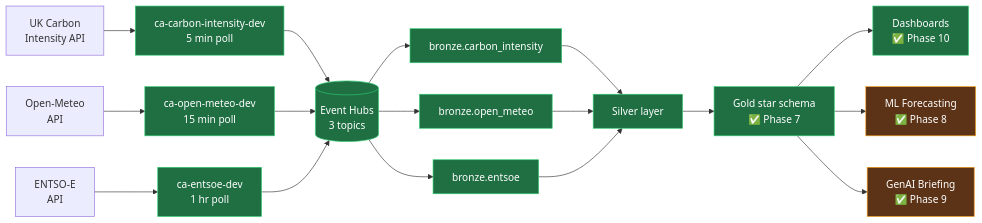
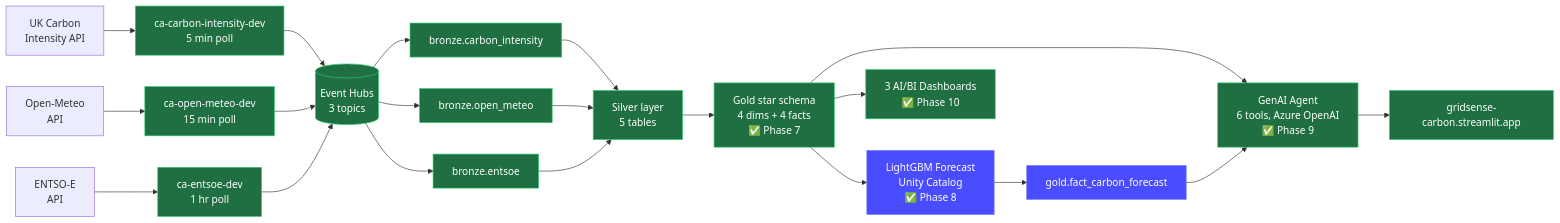
The diagram in README.md (demonjd2026-afk/gridsense), drawn with Mermaid before and after one commit. The commit also changed 1 other file, not shown here.

Commit message:
docs(diagrams): update Mermaid diagrams to reflect Phase 8 done state

````diff
--- a/README.md
+++ b/README.md
@@ -86,25 +86,27 @@
 ```mermaid
 flowchart LR
     A1[UK Carbon<br/>Intensity API] --> P1[ca-carbon-intensity-dev<br/>5 min poll]
     A2[Open-Meteo<br/>API] --> P2[ca-open-meteo-dev<br/>15 min poll]
     A3[ENTSO-E<br/>API] --> P3[ca-entsoe-dev<br/>1 hr poll]
     P1 --> EH[(Event Hubs<br/>3 topics)]
     P2 --> EH
     P3 --> EH
     EH --> B1[bronze.carbon_intensity]
     EH --> B2[bronze.open_meteo]
     EH --> B3[bronze.entsoe]
-    B1 --> S[Silver layer]
+    B1 --> S[Silver layer<br/>5 tables]
     B2 --> S
     B3 --> S
-    S --> G[Gold star schema<br/>✅ Phase 7]
-    G --> PBI[Dashboards<br/>✅ Phase 10]
-    G --> ML[ML Forecasting<br/>✅ Phase 8]
-    G --> AI[GenAI Briefing<br/>✅ Phase 9]
+    S --> G[Gold star schema<br/>4 dims + 4 facts<br/>✅ Phase 7]
+    G --> ML[LightGBM Forecast<br/>Unity Catalog<br/>✅ Phase 8]
+    ML --> FCAST[gold.fact_carbon_forecast]
+    G --> AGENT[GenAI Agent<br/>6 tools, Azure OpenAI<br/>✅ Phase 9]
+    FCAST --> AGENT
+    G --> PBI[3 AI/BI Dashboards<br/>✅ Phase 10]
+    AGENT --> URL[gridsense-carbon.streamlit.app]
 
     classDef done fill:#1f6f43,stroke:#2ecc71,color:#fff
-    classDef wip fill:#5c3317,stroke:#f39c12,color:#fff
-    class P1,P2,P3,EH,B1,B2,B3,S,G done
-    class PBI done
-    class ML,AI wip
+    classDef ml fill:#4a4dff,stroke:#7e80ff,color:#fff
+    class P1,P2,P3,EH,B1,B2,B3,S,G,PBI,AGENT,URL done
+    class ML,FCAST ml
 ```
````
